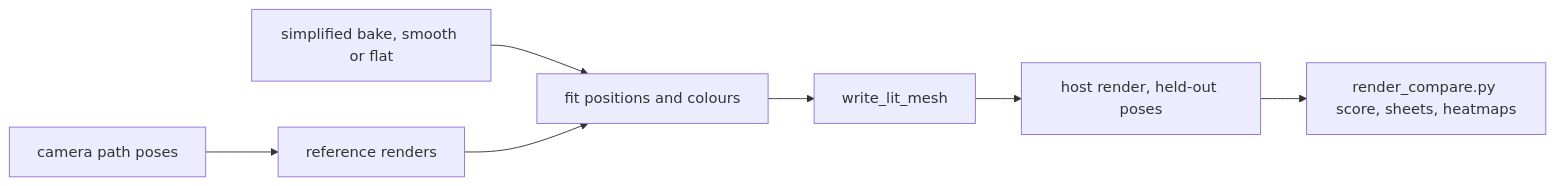
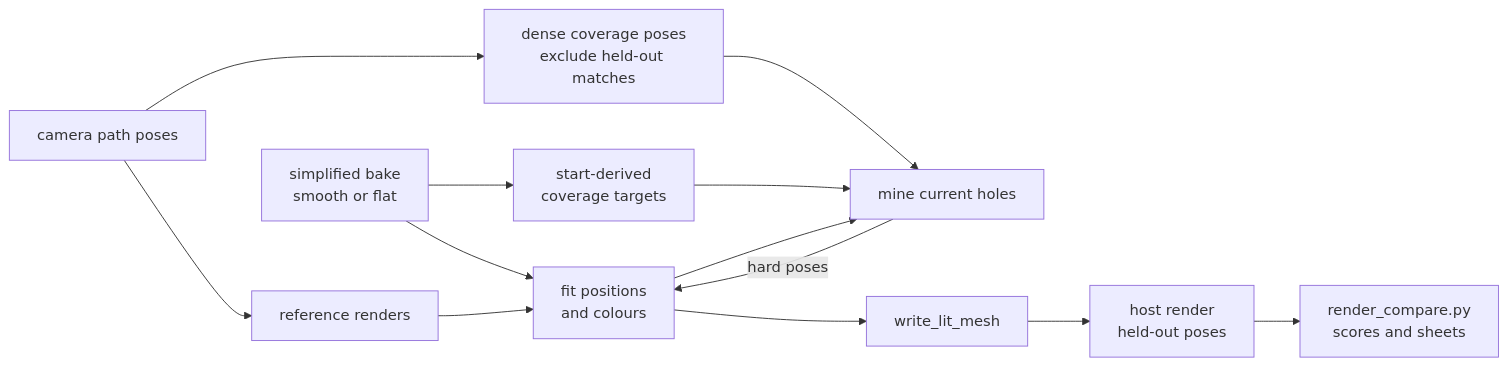
Before and after one commit to jose-villegas/autana: the second of 3 diagrams in docs/render/Scene-Files.md, drawn with Mermaid. The commit also changed other lines of this file and 5 other files, not shown here.

Commit message:
r3d: enforce held-out coverage and share raster sampling

````diff
--- a/docs/render/Scene-Files.md
+++ b/docs/render/Scene-Files.md
@@ -455,9 +456,15 @@
 ```mermaid
 flowchart LR
-    S[simplified bake, smooth or flat] --> F[fit positions and colours]
-    P[camera path poses] --> R[reference renders]
+    S["simplified bake<br/>smooth or flat"] --> F["fit positions<br/>and colours"]
+    P["camera path poses"] --> R["reference renders"]
     R --> F
-    F --> W[write_lit_mesh]
-    W --> H[host render, held-out poses]
-    H --> C[render_compare.py score, sheets, heatmaps]
+    S --> T["start-derived<br/>coverage targets"]
+    P --> E["dense coverage poses<br/>exclude held-out matches"]
+    E --> M["mine current holes"]
+    T --> M
+    F --> M
+    M -->|hard poses| F
+    F --> W["write_lit_mesh"]
+    W --> H["host render<br/>held-out poses"]
+    H --> C["render_compare.py<br/>scores and sheets"]
 ```
````
